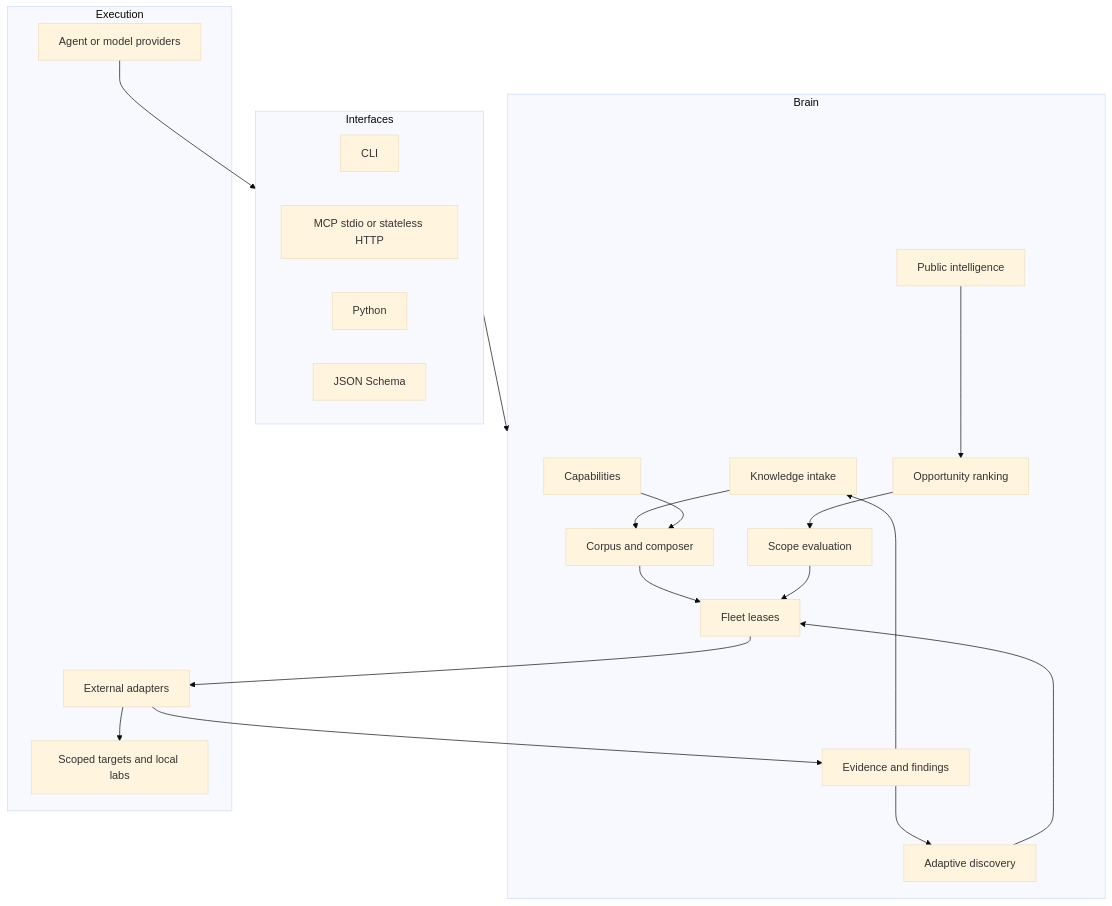
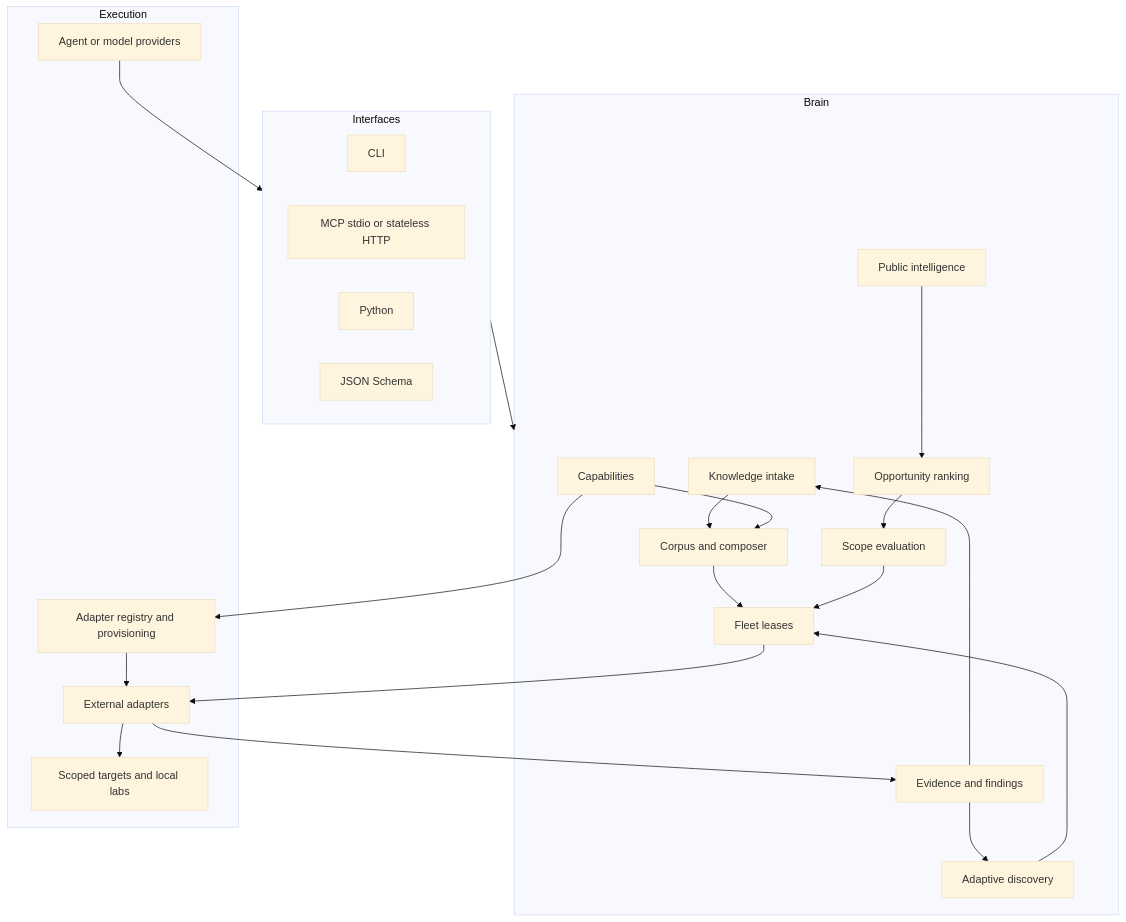
The diagram in docs/architecture.md (kappa9999/white-hat-agent), drawn with Mermaid (base theme) before and after one commit. The commit also changed other lines of this file and 31 other files, not shown here.

````diff
--- a/docs/architecture.md
+++ b/docs/architecture.md
@@ -15,39 +15,42 @@
 ```mermaid
 flowchart TB
     subgraph Interfaces
       CLI[CLI]
       MCP[MCP stdio or stateless HTTP]
       PY[Python]
       JS[JSON Schema]
     end
     subgraph Brain
       KI[Knowledge intake]
       CO[Corpus and composer]
       CA[Capabilities]
       IN[Public intelligence]
       OP[Opportunity ranking]
       SC[Scope evaluation]
       FL[Fleet leases]
       DI[Adaptive discovery]
       EV[Evidence and findings]
     end
     subgraph Execution
+      AR[Adapter registry and provisioning]
       AD[External adapters]
       AG[Agent or model providers]
       TG[Scoped targets and local labs]
     end
     Interfaces --> Brain
     KI --> CO
     CA --> CO
     IN --> OP
     OP --> SC
     CO --> FL
     SC --> FL
     FL --> AD
+    CA --> AR
+    AR --> AD
     AG --> Interfaces
     AD --> TG
     AD --> EV
     EV --> DI
     DI --> FL
     EV --> KI
 ```
````
